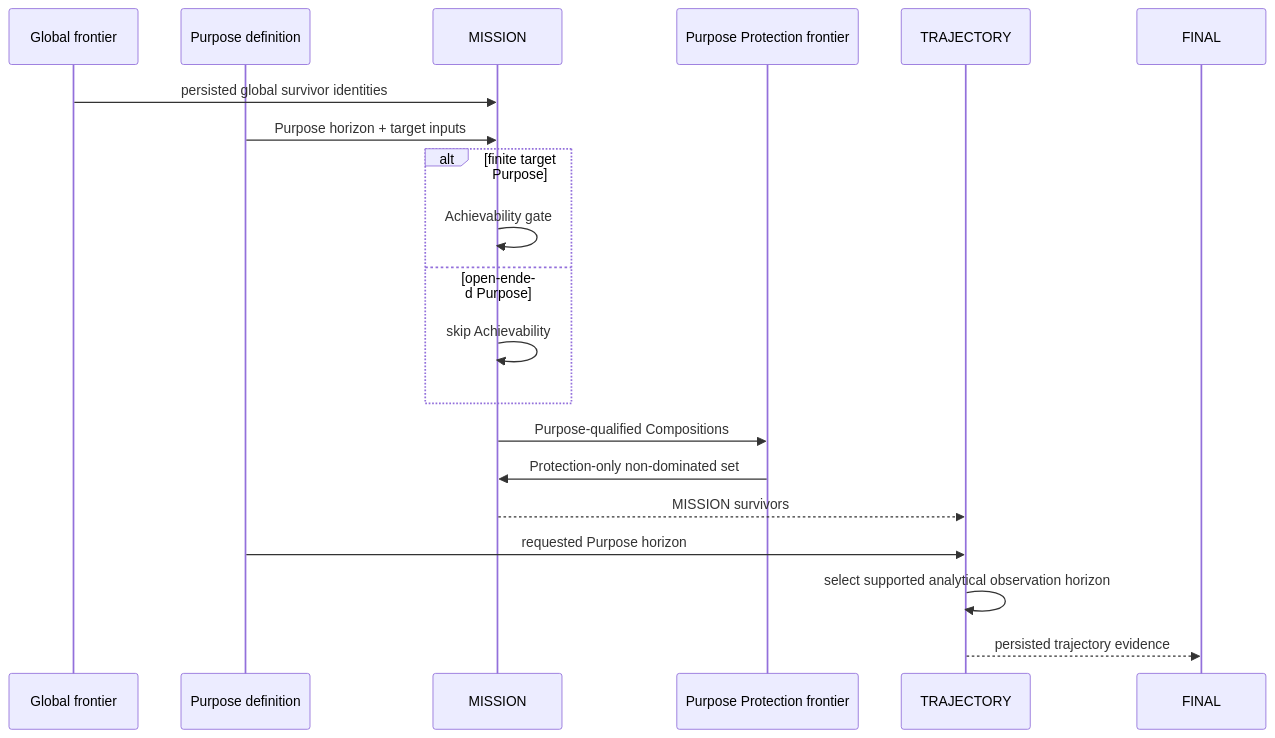
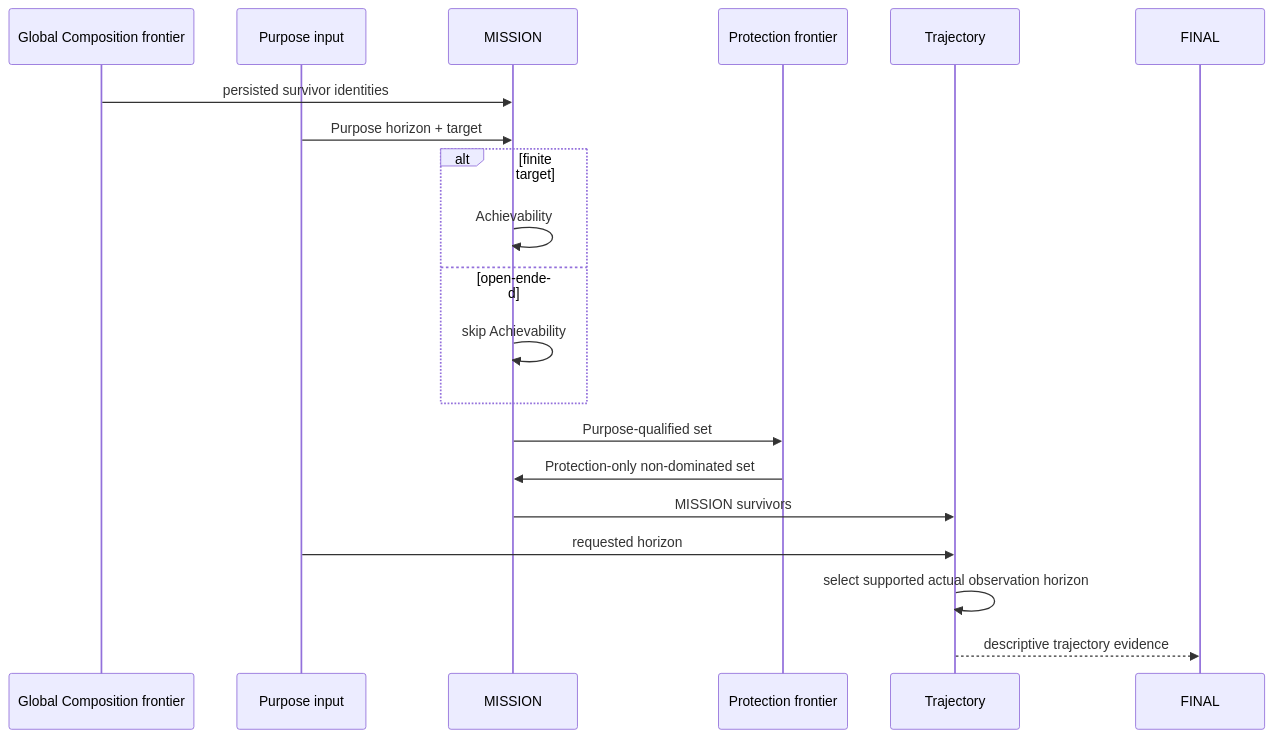
One commit to rrajeshkannan/lakshya changed the eighth of 13 diagrams in docs/Lakshya_Pipeline_Sequence.md. Above: the diagram before and after it, drawn with Mermaid. The commit also changed other lines of this file, not shown here.

Commit message:
DOCS: extend pipeline sequence through transition boundary

````diff
--- a/docs/Lakshya_Pipeline_Sequence.md
+++ b/docs/Lakshya_Pipeline_Sequence.md
@@ -287,23 +252,23 @@
 ```mermaid
 sequenceDiagram
-    participant Global as Global frontier
-    participant Purpose as Purpose definition
+    participant Global as Global Composition frontier
+    participant Purpose as Purpose input
     participant Mission as MISSION
-    participant Protection as Purpose Protection frontier
-    participant Trajectory as TRAJECTORY
+    participant Protection as Protection frontier
+    participant Trajectory as Trajectory
     participant Final as FINAL
 
-    Global->>Mission: persisted global survivor identities
-    Purpose->>Mission: Purpose horizon + target inputs
-    alt finite target Purpose
-        Mission->>Mission: Achievability gate
-    else open-ended Purpose
+    Global->>Mission: persisted survivor identities
+    Purpose->>Mission: Purpose horizon + target
+    alt finite target
+        Mission->>Mission: Achievability
+    else open-ended
         Mission->>Mission: skip Achievability
     end
-    Mission->>Protection: Purpose-qualified Compositions
+    Mission->>Protection: Purpose-qualified set
     Protection->>Mission: Protection-only non-dominated set
-    Mission-->>Trajectory: MISSION survivors
-    Purpose->>Trajectory: requested Purpose horizon
-    Trajectory->>Trajectory: select supported analytical observation horizon
-    Trajectory-->>Final: persisted trajectory evidence
+    Mission->>Trajectory: MISSION survivors
+    Purpose->>Trajectory: requested horizon
+    Trajectory->>Trajectory: select supported actual observation horizon
+    Trajectory-->>Final: descriptive trajectory evidence
 ```
````
